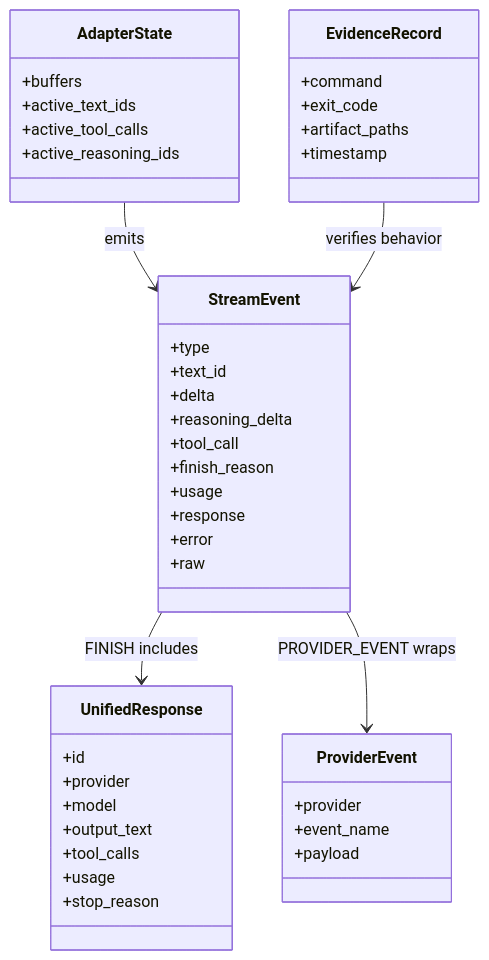
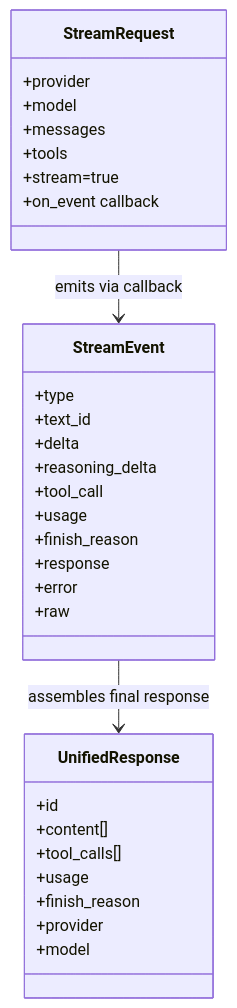
Before and after one commit to jaytaylor/attractor-tcl: the first of 5 diagrams in docs/sprints/SPRINT-005-comprehensive-implementation-plan.md, drawn with Mermaid. The commit also changed other lines of this file, not shown here.

````diff
--- a/docs/sprints/SPRINT-005-comprehensive-implementation-plan.md
+++ b/docs/sprints/SPRINT-005-comprehensive-implementation-plan.md
@@ -573,45 +570,37 @@
 ```mermaid
 classDiagram
+  class StreamRequest {
+    +provider
+    +model
+    +messages
+    +tools
+    +stream=true
+    +on_event callback
+  }
+
   class StreamEvent {
     +type
     +text_id
     +delta
     +reasoning_delta
     +tool_call
+    +usage
     +finish_reason
-    +usage
     +response
     +error
     +raw
   }
+
   class UnifiedResponse {
     +id
+    +content[]
+    +tool_calls[]
+    +usage
+    +finish_reason
     +provider
     +model
-    +output_text
-    +tool_calls
-    +usage
-    +stop_reason
   }
-  class ProviderEvent {
-    +provider
-    +event_name
-    +payload
-  }
-  class AdapterState {
-    +buffers
-    +active_text_ids
-    +active_tool_calls
-    +active_reasoning_ids
-  }
-  class EvidenceRecord {
-    +command
-    +exit_code
-    +artifact_paths
-    +timestamp
-  }
-  StreamEvent --> UnifiedResponse : FINISH includes
-  StreamEvent --> ProviderEvent : PROVIDER_EVENT wraps
-  AdapterState --> StreamEvent : emits
-  EvidenceRecord --> StreamEvent : verifies behavior
+
+  StreamRequest --> StreamEvent : emits via callback
+  StreamEvent --> UnifiedResponse : assembles final response
 ```
````
